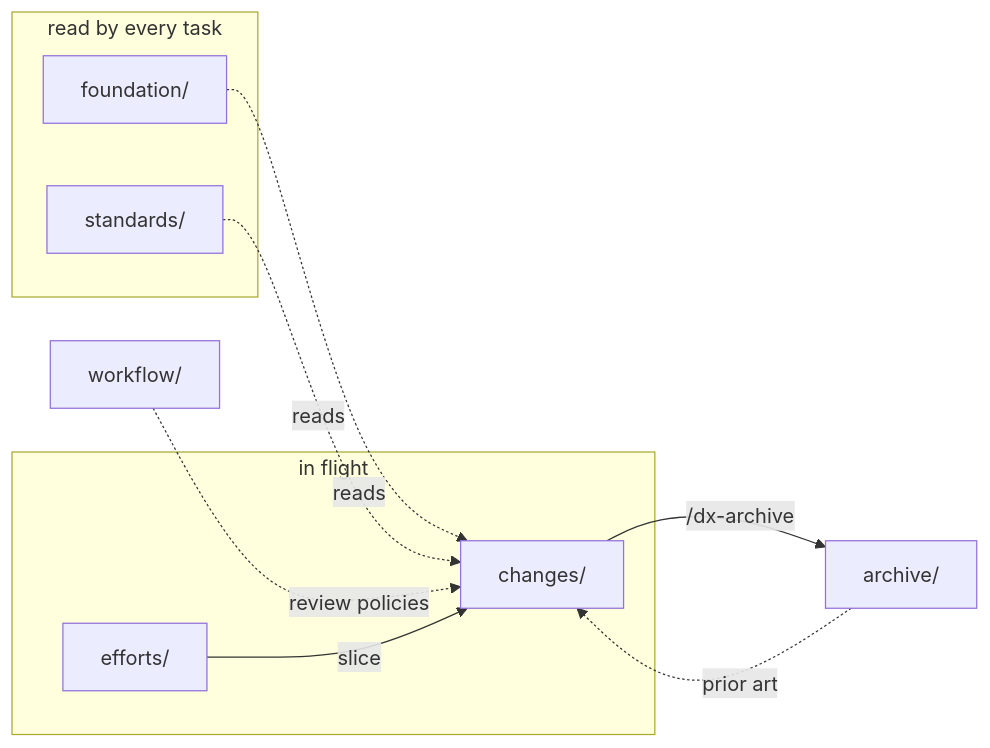
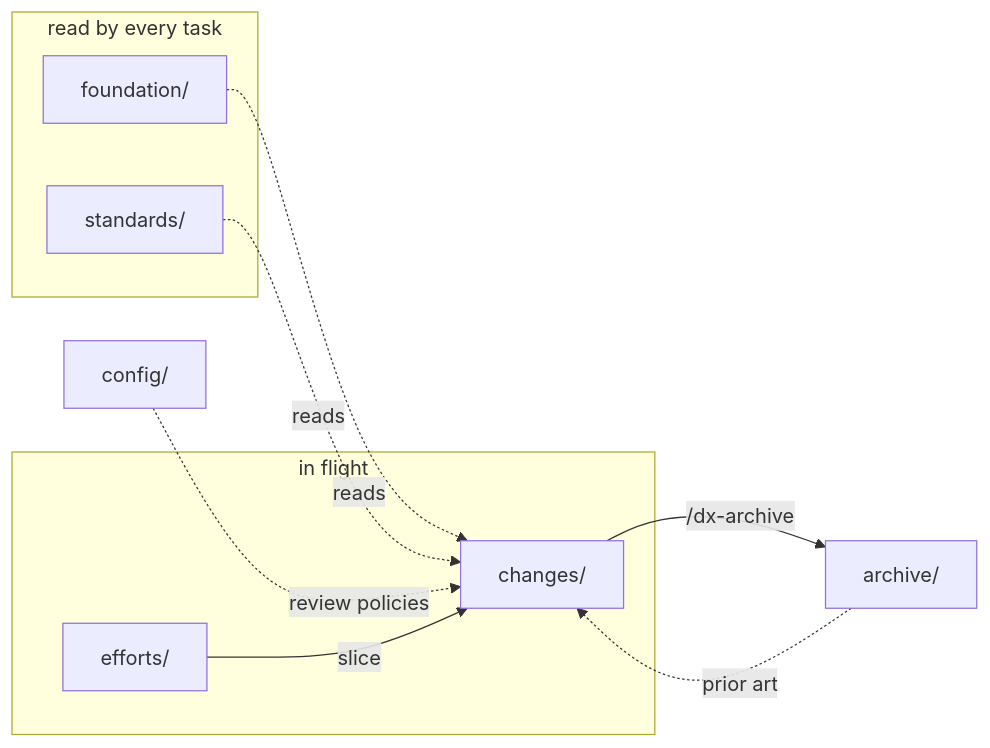
The diagram in docs/explanation/directory-layout.md (dikamilo/dx-workflow), drawn with Mermaid before and after one commit. The commit also changed other lines of this file and 15 other files, not shown here.

````diff
--- a/docs/explanation/directory-layout.md
+++ b/docs/explanation/directory-layout.md
@@ -108,19 +109,19 @@
 ```mermaid
 flowchart LR
   subgraph reference [read by every task]
     F[foundation/]
     S[standards/]
   end
-  W[workflow/]
+  W[config/]
   subgraph active [in flight]
     E[efforts/]
     C[changes/]
   end
   A[archive/]
   F -.reads.-> C
   S -.reads.-> C
   W -.review policies.-> C
   E -->|slice| C
   C -->|/dx-archive| A
   A -.prior art.-> C
 ```
````
